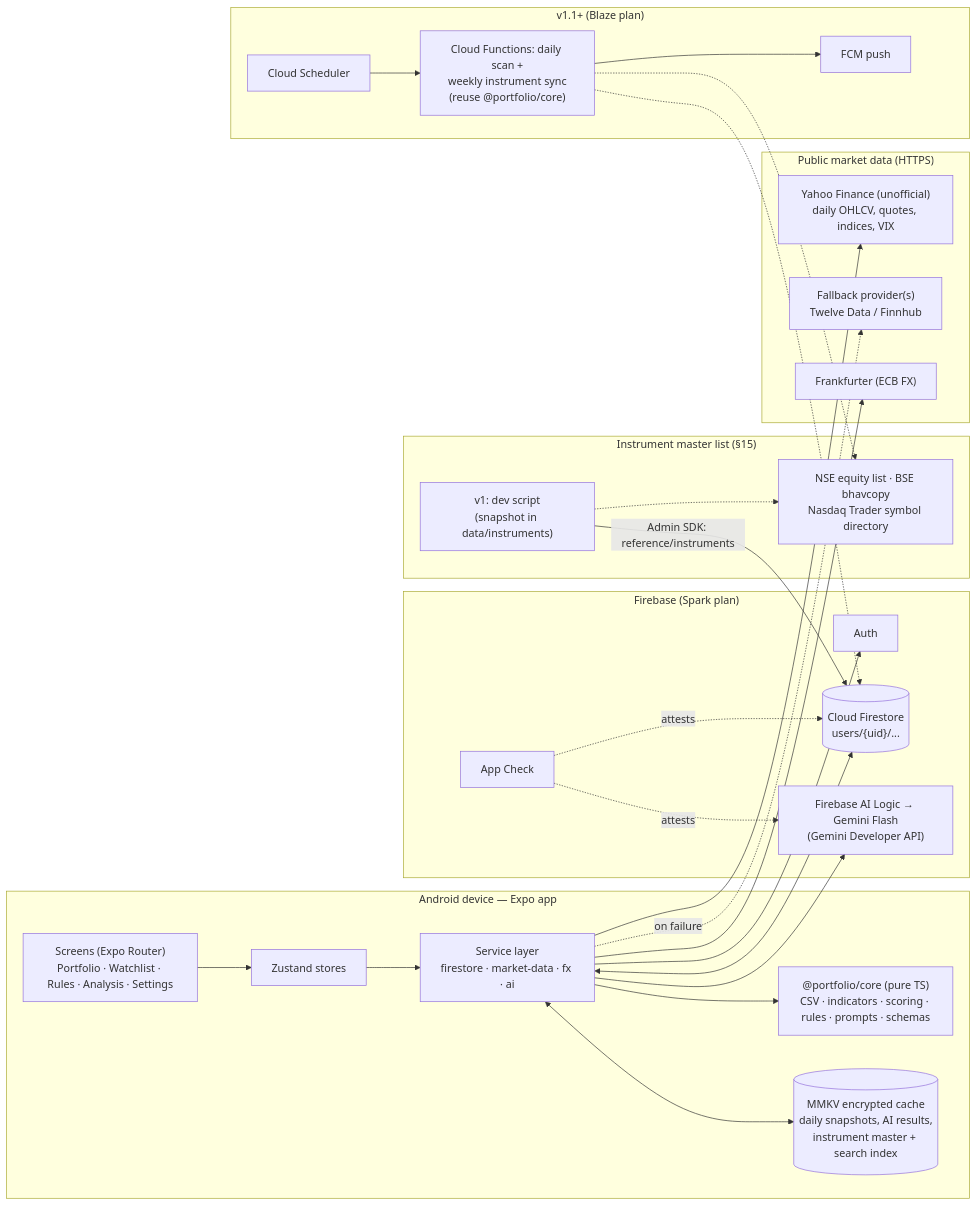
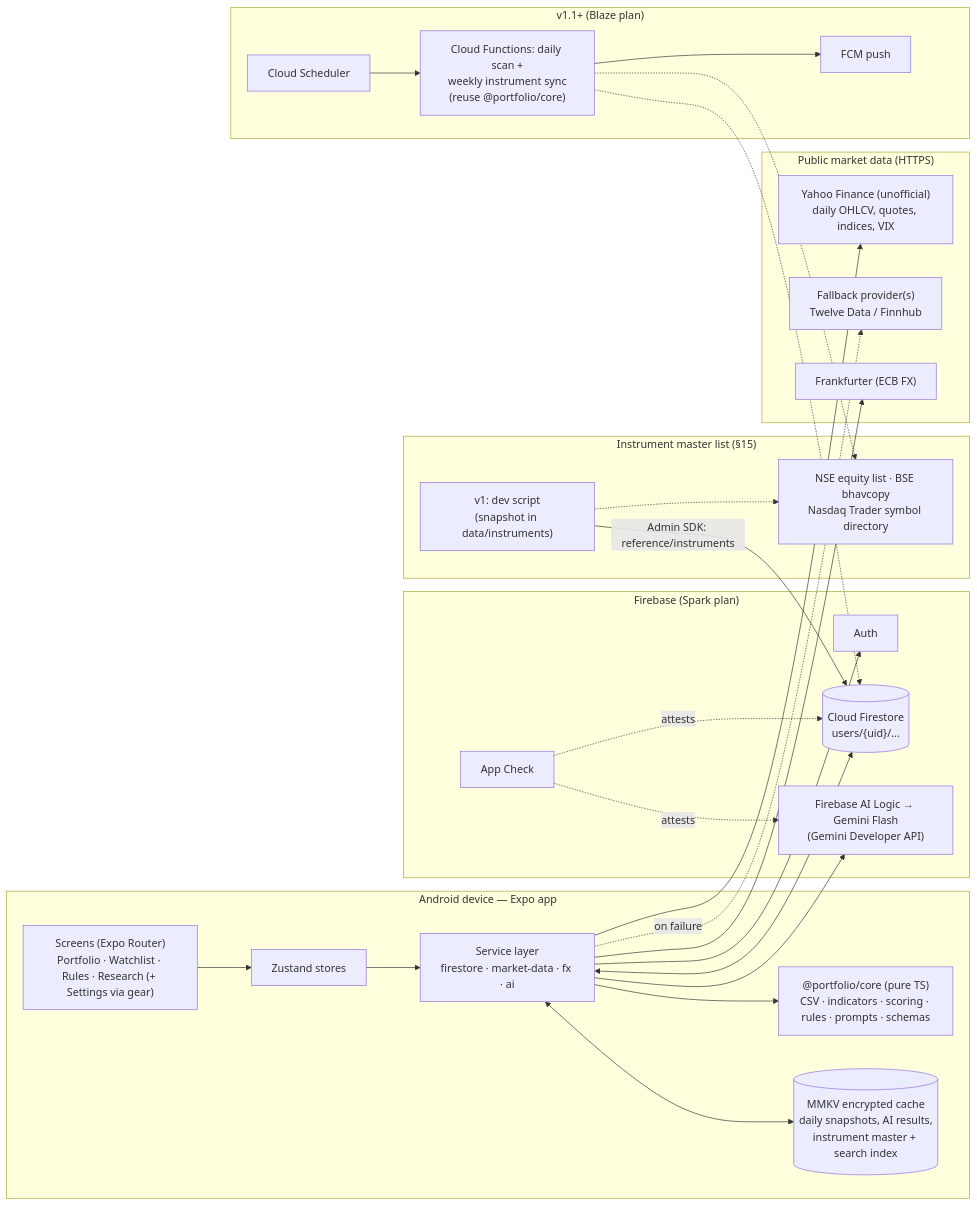
One commit to atulkb/my-portfolio changed the first of 2 diagrams in docs/HLD.md. Above: the diagram before and after it, drawn with Mermaid. The commit also changed other lines of this file and 3 other files, not shown here.

````diff
--- a/docs/HLD.md
+++ b/docs/HLD.md
@@ -31,48 +31,48 @@
 ```mermaid
 flowchart LR
   subgraph Device["Android device — Expo app"]
-    UI["Screens (Expo Router)<br/>Portfolio · Watchlist · Rules · Analysis · Settings"]
+    UI["Screens (Expo Router)<br/>Portfolio · Watchlist · Rules · Research (+ Settings via gear)"]
     ST["Zustand stores"]
     SVC["Service layer<br/>firestore · market-data · fx · ai"]
     CORE["@portfolio/core (pure TS)<br/>CSV · indicators · scoring · rules · prompts · schemas"]
     MMKV[("MMKV encrypted cache<br/>daily snapshots, AI results,<br/>instrument master + search index")]
     UI --> ST --> SVC
     SVC --> CORE
     SVC <--> MMKV
   end
 
   subgraph Firebase["Firebase (Spark plan)"]
     AUTH["Auth"]
     FS[("Cloud Firestore<br/>users/{uid}/...")]
     AC["App Check"]
     AIL["Firebase AI Logic → Gemini Flash<br/>(Gemini Developer API)"]
   end
 
   subgraph Market["Public market data (HTTPS)"]
     YF["Yahoo Finance (unofficial)<br/>daily OHLCV, quotes, indices, VIX"]
     FB["Fallback provider(s)<br/>Twelve Data / Finnhub"]
     FX["Frankfurter (ECB FX)"]
   end
 
   SVC --> AUTH
   SVC <--> FS
   SVC --> AIL
   AC -. attests .-> FS
   AC -. attests .-> AIL
   SVC --> YF
   SVC -. on failure .-> FB
   SVC --> FX
 
   subgraph Sync["Instrument master list (§15)"]
     DEV["v1: dev script<br/>(snapshot in data/instruments)"]
     SRC["NSE equity list · BSE bhavcopy<br/>Nasdaq Trader symbol directory"]
     DEV -.-> SRC
   end
   DEV -- "Admin SDK: reference/instruments" --> FS
 
   subgraph Later["v1.1+ (Blaze plan)"]
     SCH["Cloud Scheduler"] --> CF["Cloud Functions: daily scan +<br/>weekly instrument sync<br/>(reuse @portfolio/core)"] --> FCM["FCM push"]
     CF -.-> SRC
   end
   CF -.-> FS
 ```
````
